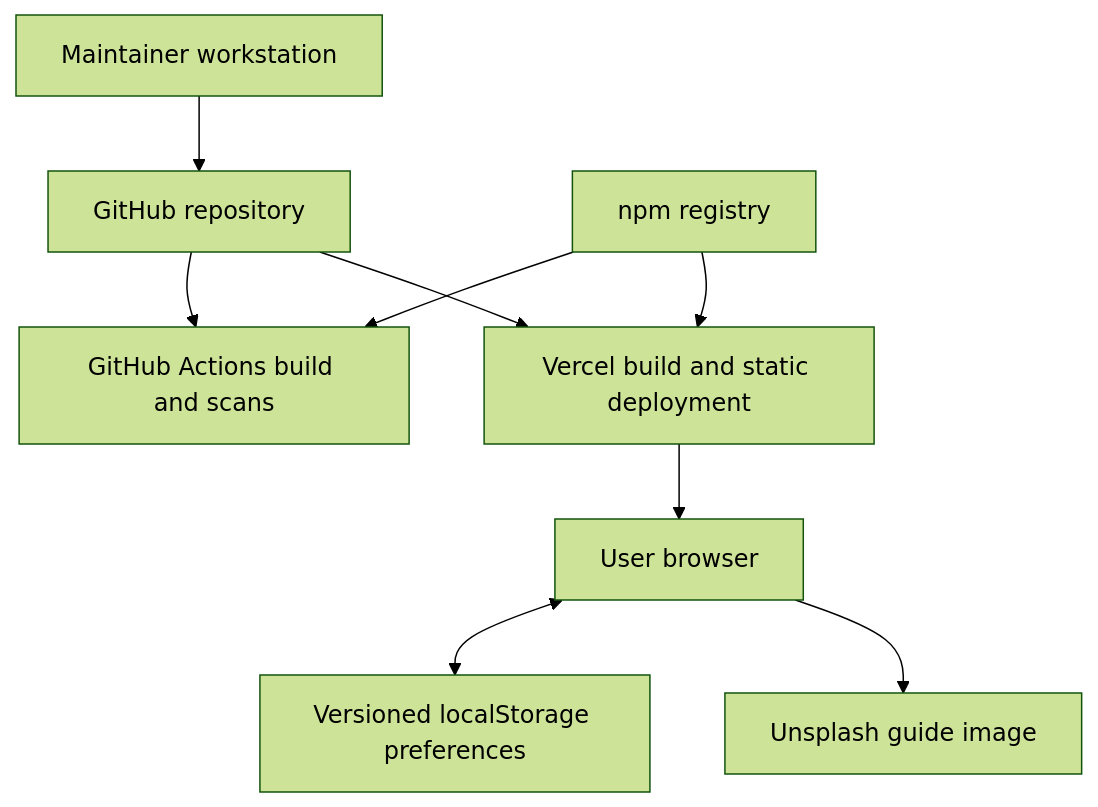
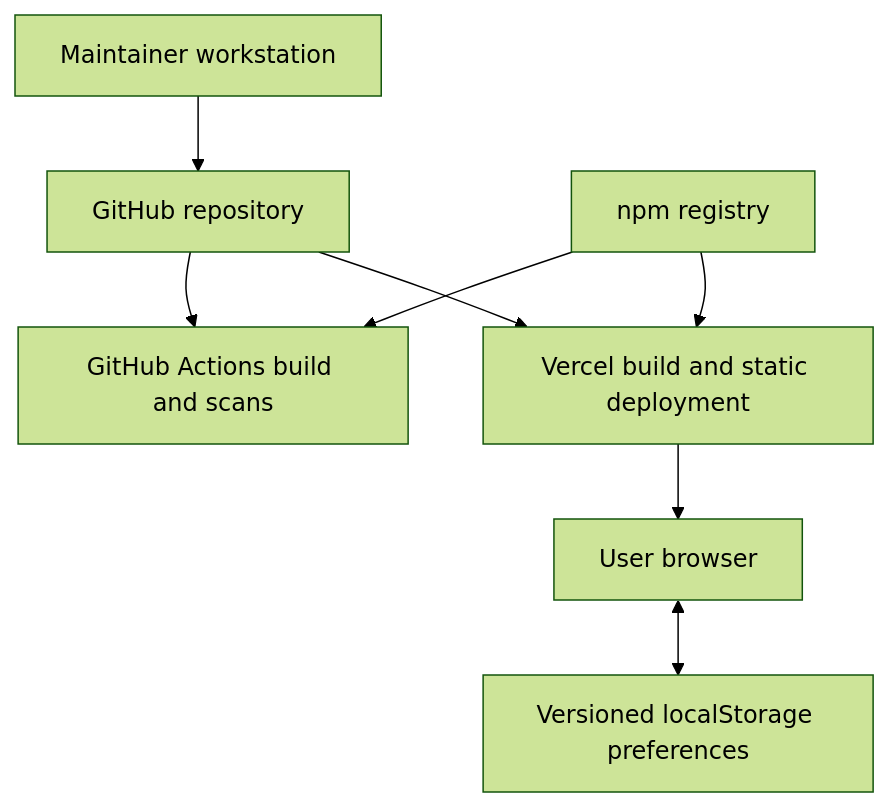
Before and after one commit to chiaraberti13/OSI-CYBER-EXPLORER: the diagram in docs/THREAT_MODEL.md, drawn with Mermaid (forest theme). The commit also changed other lines of this file and 10 other files, not shown here.

````diff
--- a/docs/THREAT_MODEL.md
+++ b/docs/THREAT_MODEL.md
@@ -21,11 +23,10 @@
 ```mermaid
 flowchart TD
     D["Maintainer workstation"] --> G["GitHub repository"]
     N["npm registry"] --> A["GitHub Actions build and scans"]
     G --> A
     G --> V["Vercel build and static deployment"]
     N --> V
     V --> B["User browser"]
     B <--> L["Versioned localStorage preferences"]
-    B --> U["Unsplash guide image"]
 ```
````
